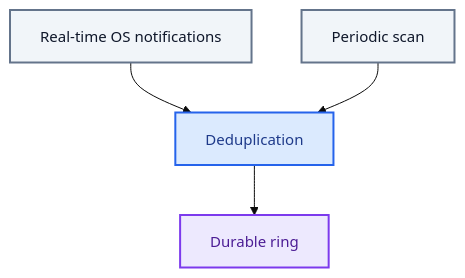
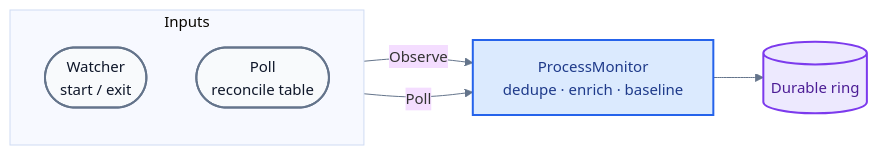
One commit to TrustEdgeOrg/TrustEdge-Agent changed the third of 4 diagrams in docs/collection.md. Above: the diagram before and after it, drawn with Mermaid. The commit also changed other lines of this file, not shown here.

Commit message:
Refine collection Mermaid diagrams for clearer interview walkthroughs.

````diff
--- a/docs/collection.md
+++ b/docs/collection.md
@@ -184,19 +196,24 @@
 ```mermaid
-%%{init: {'theme': 'base', 'themeVariables': {'fontSize': '15px', 'fontFamily': 'arial'}}}%%
-flowchart TB
-    RT["Real-time OS notifications"]
-    POLL["Periodic scan"]
-    DEDUP["Deduplication"]
-    OUT["Durable ring"]
+%%{init: {'theme': 'base', 'themeVariables': {'fontSize': '15px', 'fontFamily': 'arial', 'lineColor': '#64748B'}}}%%
+flowchart LR
+    subgraph IN ["Inputs"]
+        direction TB
+        RT(["Watcher<br/>start / exit"])
+        POLL(["Poll<br/>reconcile table"])
+    end
 
-    RT --> DEDUP --> OUT
-    POLL --> DEDUP
+    MON["ProcessMonitor<br/>dedupe · enrich · baseline"]
+    OUT[("Durable ring")]
 
-    classDef rt fill:#F1F5F9,stroke:#64748B,stroke-width:2px,color:#0F172A
-    classDef dedup fill:#DBEAFE,stroke:#2563EB,stroke-width:2px,color:#1E3A8A
+    RT -->|Observe| MON
+    POLL -->|Poll| MON
+    MON --> OUT
+
+    classDef in fill:#F8FAFC,stroke:#64748B,stroke-width:2px,color:#0F172A
+    classDef mon fill:#DBEAFE,stroke:#2563EB,stroke-width:2px,color:#1E3A8A
     classDef out fill:#EDE9FE,stroke:#7C3AED,stroke-width:2px,color:#4C1D95
 
-    class RT,POLL rt
-    class DEDUP dedup
+    class RT,POLL in
+    class MON mon
     class OUT out
 ```
````
